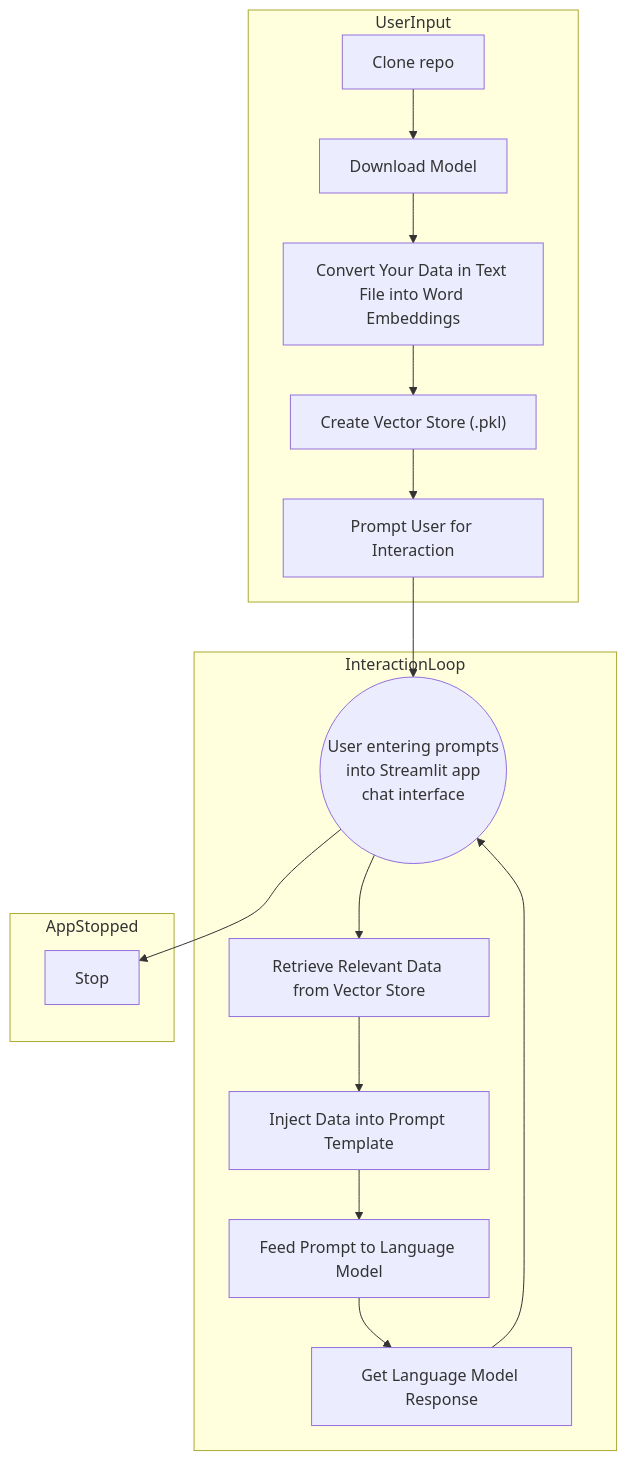
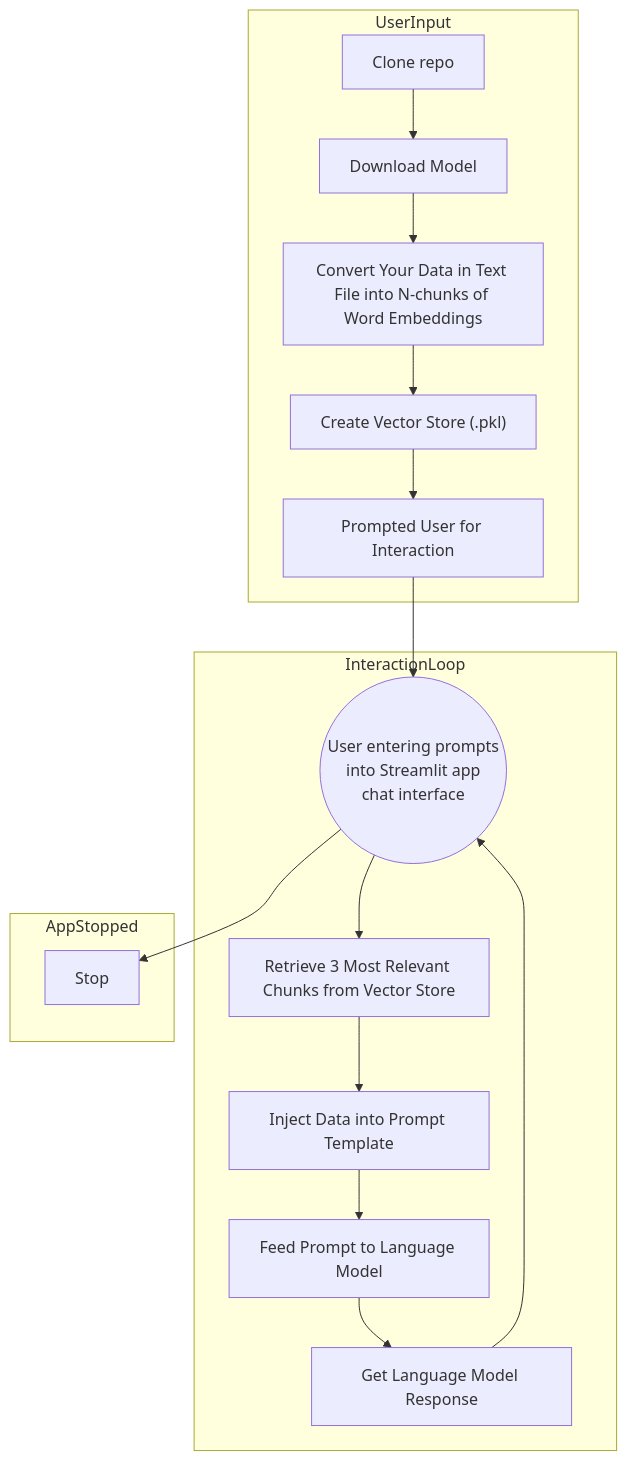
The diagram in README.md (bbartling/BrickModelSummarizer), drawn with Mermaid before and after one commit.

Commit message:
updated mermaid diagram

````diff
--- a/README.md
+++ b/README.md
@@ -8,34 +8,34 @@
 ```mermaid
 graph TD
   subgraph UserInput
     start[Clone repo]
     downloadModel[Download Model]
-    convertText[Convert Your Data in Text File into Word Embeddings]
+    convertText[Convert Your Data in Text File into N-chunks of Word Embeddings]
     createVector["Create Vector Store (.pkl)"]
-    prompt[Prompt User for Interaction]
+    prompt[Prompted User for Interaction]
   end
 
   subgraph InteractionLoop
     loop((User entering prompts<br>into Streamlit app<br>chat interface))
-    retrieve[Retrieve Relevant Data from Vector Store]
+    retrieve[Retrieve 3 Most Relevant Chunks from Vector Store]
     inject[Inject Data into Prompt Template]
     feed[Feed Prompt to Language Model]
     response[Get Language Model Response]
   end
 
   subgraph AppStopped
     stop[Stop]
   end
 
   start --> downloadModel
   downloadModel --> convertText
   convertText --> createVector
   createVector --> prompt
   prompt --> loop
   loop --> retrieve
   retrieve --> inject
   inject --> feed
   feed --> response
   response --> loop
   loop --> stop
 ```
````
